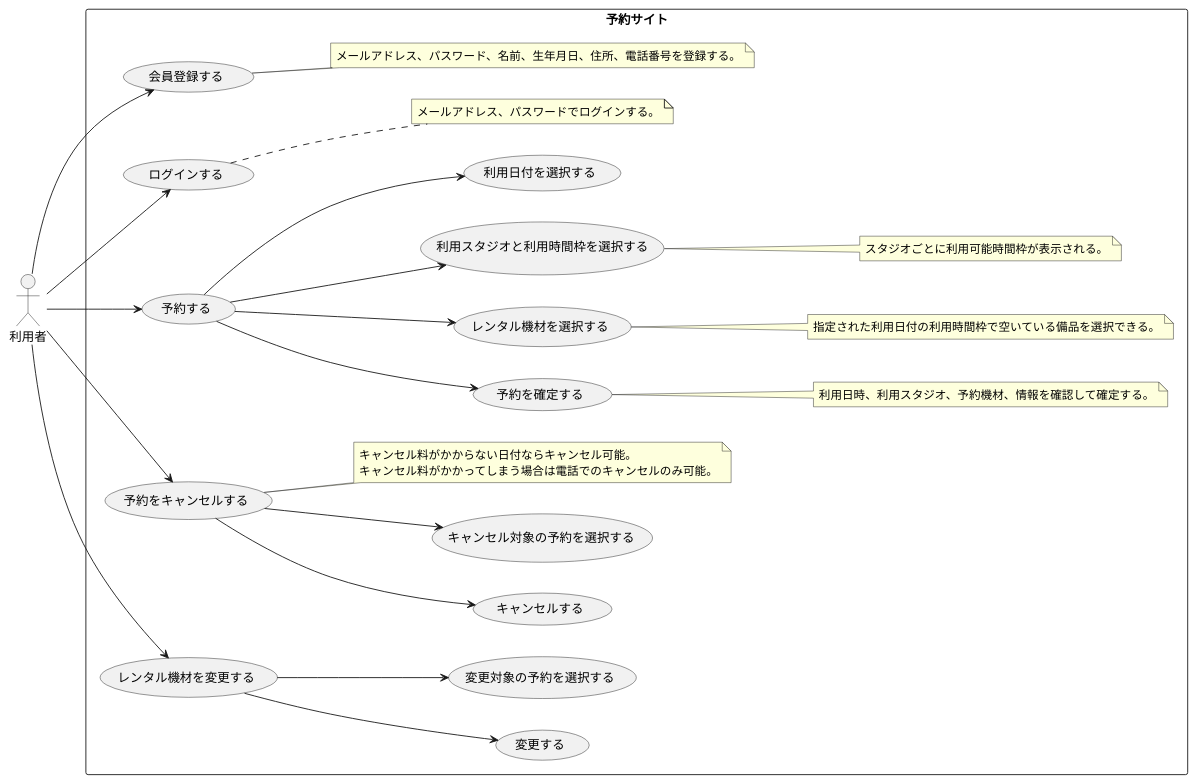
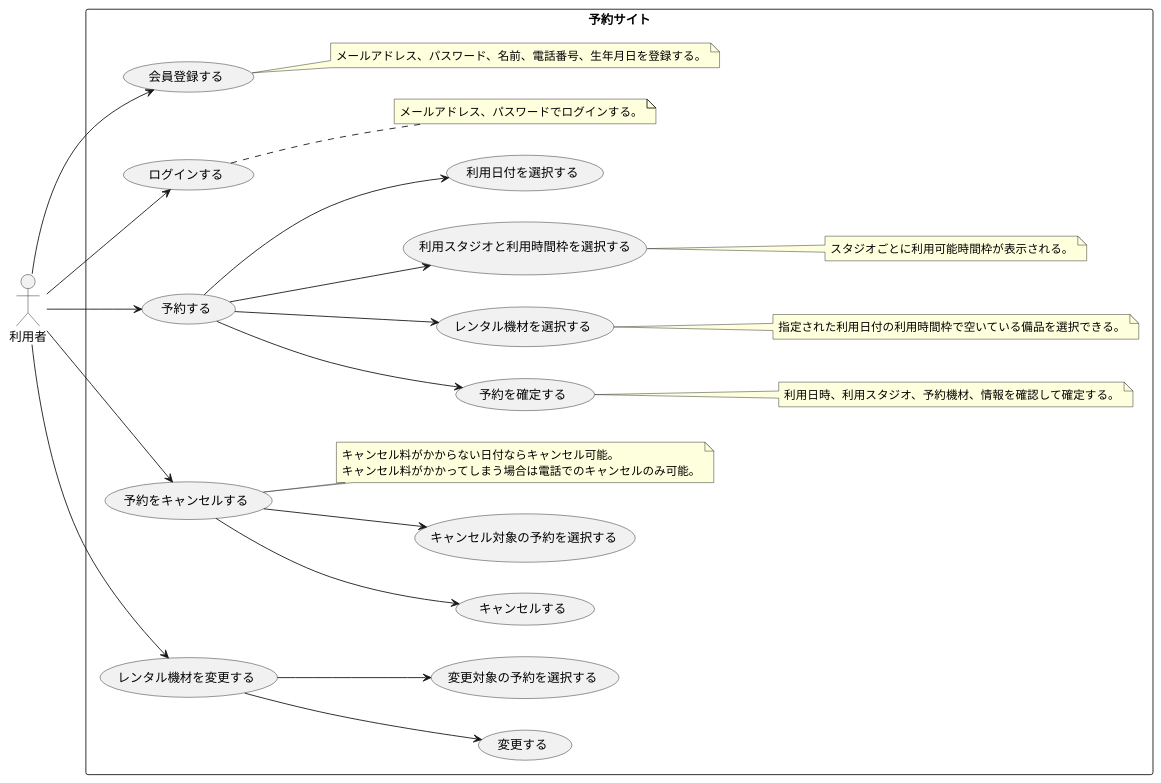
Before and after one commit to TakashiOnawa/ddd-practice-studio-reservation: the diagram in modeling/05_Usecase_Web予約.pu, drawn with PlantUML. The commit also changed 8 other files, not shown here.

```diff
--- a/modeling/05_Usecase_Web予約.pu
+++ b/modeling/05_Usecase_Web予約.pu
@@ -1,51 +1,51 @@
 @startuml Usecase
 
 left to right direction
 
 actor 利用者
 
 rectangle 予約サイト {
     利用者 --> (会員登録する)
     利用者 --> (ログインする)
 
     利用者 --> (予約する)
     (予約する) --> (予約を確定する)
     (予約する) --> (レンタル機材を選択する)
     (予約する) --> (利用スタジオと利用時間枠を選択する)
     (予約する) --> (利用日付を選択する)
 
     note right of (会員登録する)
-    メールアドレス、パスワード、名前、生年月日、住所、電話番号を登録する。
+    メールアドレス、パスワード、名前、電話番号、生年月日を登録する。
     end note
 
     note right of (ログインする)
     メールアドレス、パスワードでログインする。
     end note
 
     note right of (利用スタジオと利用時間枠を選択する)
     スタジオごとに利用可能時間枠が表示される。
     end note
 
     note right of (レンタル機材を選択する)
     指定された利用日付の利用時間枠で空いている備品を選択できる。
     end note
     
     note right of (予約を確定する)
     利用日時、利用スタジオ、予約機材、情報を確認して確定する。
     end note
 
     利用者 --> (予約をキャンセルする)
     (予約をキャンセルする) --> (キャンセルする)
     (予約をキャンセルする) --> (キャンセル対象の予約を選択する)
 
     note right of (予約をキャンセルする)
     キャンセル料がかからない日付ならキャンセル可能。
     キャンセル料がかかってしまう場合は電話でのキャンセルのみ可能。
     end note
 
     利用者 --> (レンタル機材を変更する)
     (レンタル機材を変更する) --> (変更する)
     (レンタル機材を変更する) --> (変更対象の予約を選択する)
 }
 
 @enduml
```
